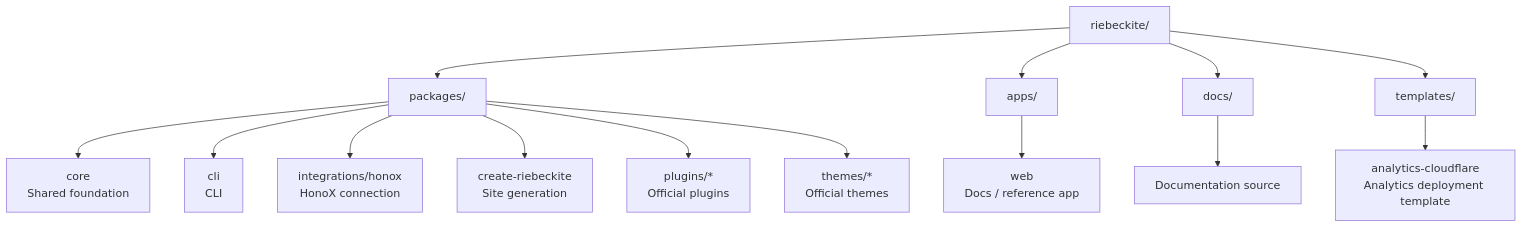
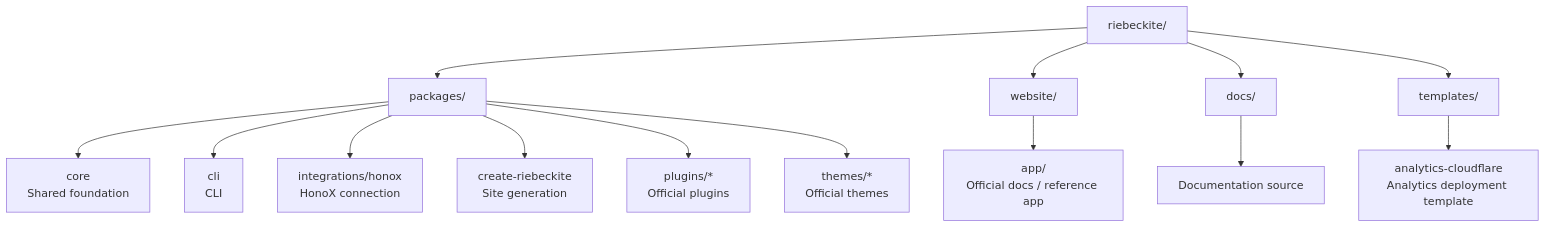
One commit to Rerurate514/riebeckite changed the diagram in docs/docs/framework/development/setup.md. Above: the diagram before and after it, drawn with Mermaid. The commit also changed other lines of this file and 125 other files, not shown here.

````diff
--- a/docs/docs/framework/development/setup.md
+++ b/docs/docs/framework/development/setup.md
@@ -39,20 +39,20 @@
 ```mermaid
 flowchart TD
     Repo["riebeckite/"]
 
     Repo --> Packages["packages/"]
-    Repo --> Apps["apps/"]
+    Repo --> Website["website/"]
     Repo --> Docs["docs/"]
     Repo --> Templates["templates/"]
 
     Packages --> Core["core<br/>Shared foundation"]
     Packages --> CLI["cli<br/>CLI"]
     Packages --> Integration["integrations/honox<br/>HonoX connection"]
     Packages --> Create["create-riebeckite<br/>Site generation"]
     Packages --> Plugins["plugins/*<br/>Official plugins"]
     Packages --> Themes["themes/*<br/>Official themes"]
 
-    Apps --> Web["web<br/>Docs / reference app"]
+    Website --> Web["app/<br/>Official docs / reference app"]
     Docs --> DocSource["Documentation source"]
     Templates --> Analytics["analytics-cloudflare<br/>Analytics deployment template"]
 ```
````
